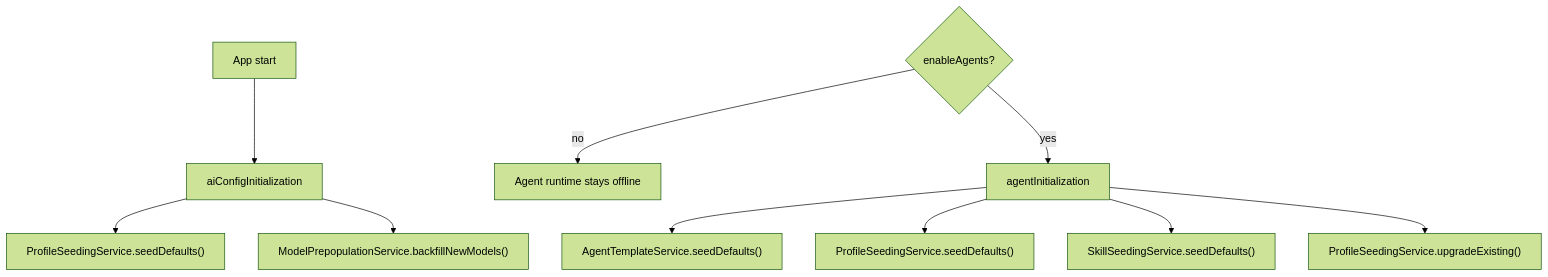
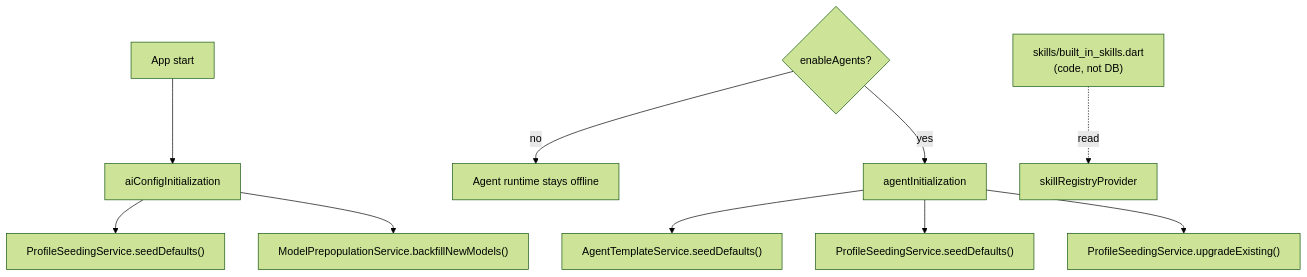
One commit to matthiasn/lotti changed the first of 6 diagrams in lib/features/ai/README.md. Above: the diagram before and after it, drawn with Mermaid (forest theme). The commit also changed other lines of this file and 21 other files, not shown here.

````diff
--- a/lib/features/ai/README.md
+++ b/lib/features/ai/README.md
@@ -12,13 +14,14 @@
 ```mermaid
 flowchart TD
   Start["App start"] --> AIInit["aiConfigInitialization"]
   AIInit --> SeedProfiles["ProfileSeedingService.seedDefaults()"]
   AIInit --> BackfillModels["ModelPrepopulationService.backfillNewModels()"]
 
   Flag{"enableAgents?"} -->|no| Skip["Agent runtime stays offline"]
   Flag -->|yes| AgentInit["agentInitialization"]
   AgentInit --> SeedTemplates["AgentTemplateService.seedDefaults()"]
   AgentInit --> SeedProfilesAgain["ProfileSeedingService.seedDefaults()"]
-  AgentInit --> SeedSkills["SkillSeedingService.seedDefaults()"]
   AgentInit --> UpgradeProfiles["ProfileSeedingService.upgradeExisting()"]
+
+  Skills["skills/built_in_skills.dart<br/>(code, not DB)"] -.read.-> Registry["skillRegistryProvider"]
 ```
````
